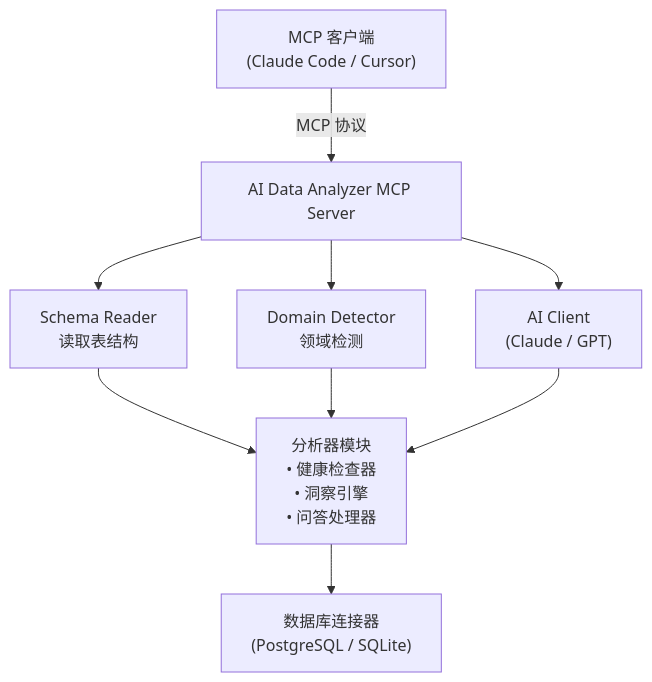
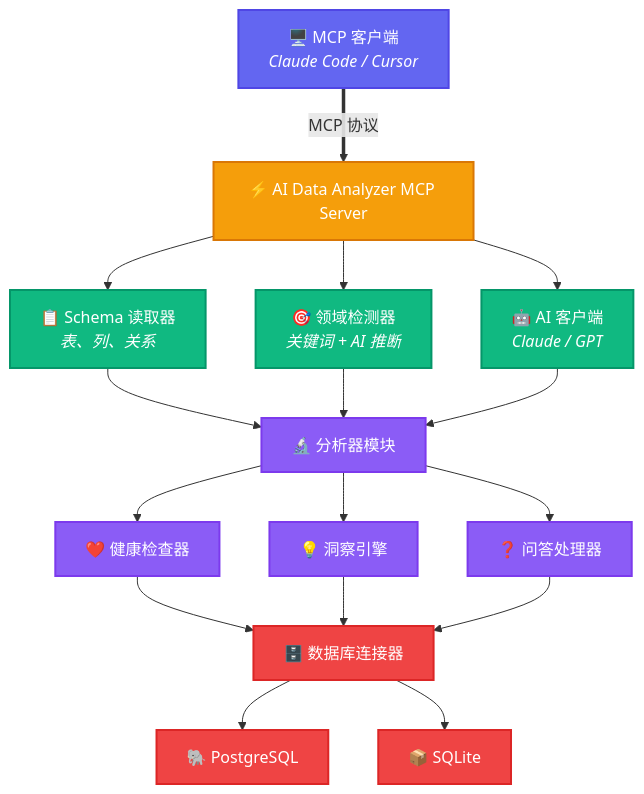
Before and after one commit to Nemophilistc/ai-data-analyzer-mcp: the diagram in README.zh-CN.md, drawn with Mermaid. The commit also changed 2 other files, not shown here.

Commit message:
docs: enhance Mermaid diagrams with colors and icons

````diff
--- a/README.zh-CN.md
+++ b/README.zh-CN.md
@@ -143,19 +143,43 @@
 ```mermaid
 graph TB
-    Client["MCP 客户端<br/>(Claude Code / Cursor)"]
-    Server["AI Data Analyzer MCP Server"]
-    Schema["Schema Reader<br/>读取表结构"]
-    Domain["Domain Detector<br/>领域检测"]
-    AI["AI Client<br/>(Claude / GPT)"]
-    Analyzers["分析器模块<br/>• 健康检查器<br/>• 洞察引擎<br/>• 问答处理器"]
-    DB["数据库连接器<br/>(PostgreSQL / SQLite)"]
+    Client["🖥️ MCP 客户端<br/><i>Claude Code / Cursor</i>"]
+    Server["⚡ AI Data Analyzer MCP Server"]
+    Schema["📋 Schema 读取器<br/><i>表、列、关系</i>"]
+    Domain["🎯 领域检测器<br/><i>关键词 + AI 推断</i>"]
+    AI["🤖 AI 客户端<br/><i>Claude / GPT</i>"]
+    Analyzers["🔬 分析器模块"]
+    Health["❤️ 健康检查器"]
+    Insight["💡 洞察引擎"]
+    Question["❓ 问答处理器"]
+    DB["🗄️ 数据库连接器"]
+    PG["🐘 PostgreSQL"]
+    SQLite["📦 SQLite"]
 
-    Client -->|"MCP 协议"| Server
+    Client ==>|"MCP 协议"| Server
     Server --> Schema
     Server --> Domain
     Server --> AI
     Schema --> Analyzers
     Domain --> Analyzers
     AI --> Analyzers
-    Analyzers --> DB
+    Analyzers --> Health
+    Analyzers --> Insight
+    Analyzers --> Question
+    Health --> DB
+    Insight --> DB
+    Question --> DB
+    DB --> PG
+    DB --> SQLite
+
+    classDef client fill:#6366f1,stroke:#4f46e5,color:white,stroke-width:2px
+    classDef server fill:#f59e0b,stroke:#d97706,color:white,stroke-width:2px
+    classDef component fill:#10b981,stroke:#059669,color:white,stroke-width:2px
+    classDef analyzer fill:#8b5cf6,stroke:#7c3aed,color:white,stroke-width:2px
+    classDef db fill:#ef4444,stroke:#dc2626,color:white,stroke-width:2px
+
+    class Client client
+    class Server server
+    class Schema,Domain,AI component
+    class Analyzers,Health,Insight,Question analyzer
+    class DB,PG,SQLite db
 ```
````
